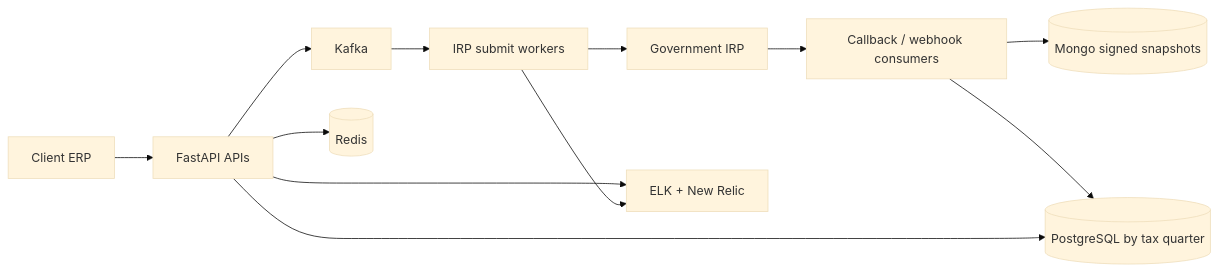
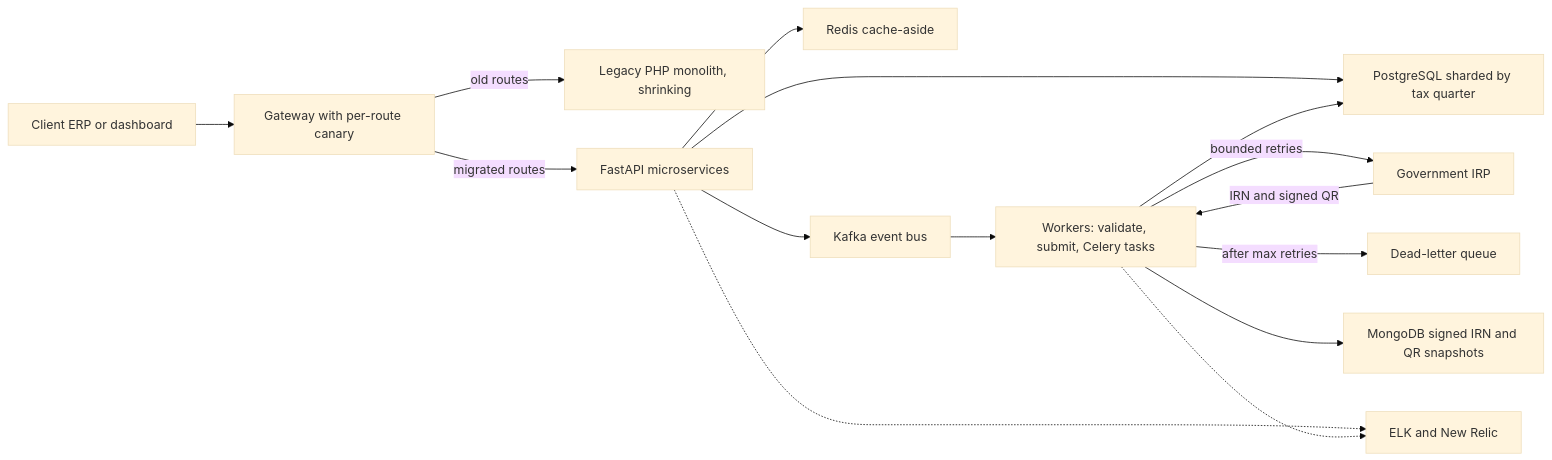
Before and after one commit to TM-DEV-PRO/final-resume: the first of 2 diagrams in final_pygo_ai/campaign_extras/interview_prep/architecture/04_masters_gst.md, drawn with Mermaid (base theme). The commit also changed other lines of this file and 617 other files, not shown here.

````diff
--- a/final_pygo_ai/campaign_extras/interview_prep/architecture/04_masters_gst.md
+++ b/final_pygo_ai/campaign_extras/interview_prep/architecture/04_masters_gst.md
@@ -52,22 +52,30 @@
 ```mermaid
 flowchart LR
-  ERP[Client ERP]
-  API[FastAPI APIs]
-  KF[Kafka]
-  W1[IRP submit workers]
-  W2[Callback / webhook consumers]
-  PG[(PostgreSQL by tax quarter)]
-  MG[(Mongo signed snapshots)]
-  RD[(Redis)]
-  IRP[Government IRP]
-  OBS[ELK + New Relic]
+  ERP["Client ERP or dashboard"]
+  GW["Gateway with per-route canary"]
+  PHP["Legacy PHP monolith, shrinking"]
+  API["FastAPI microservices"]
+  RD["Redis cache-aside"]
+  PG["PostgreSQL sharded by tax quarter"]
+  KF["Kafka event bus"]
+  W["Workers: validate, submit, Celery tasks"]
+  IRP["Government IRP"]
+  DLQ["Dead-letter queue"]
+  MG["MongoDB signed IRN and QR snapshots"]
+  OBS["ELK and New Relic"]
 
-  ERP --> API --> KF
-  KF --> W1 --> IRP
-  IRP --> W2 --> MG
-  W2 --> PG
+  ERP --> GW
+  GW -->|"old routes"| PHP
+  GW -->|"migrated routes"| API
+  API --> RD
   API --> PG
-  API --> RD
-  API --> OBS
-  W1 --> OBS
+  API --> KF
+  KF --> W
+  W -->|"bounded retries"| IRP
+  W -->|"after max retries"| DLQ
+  IRP -->|"IRN and signed QR"| W
+  W --> MG
+  W --> PG
+  API -.-> OBS
+  W -.-> OBS
 ```
````
